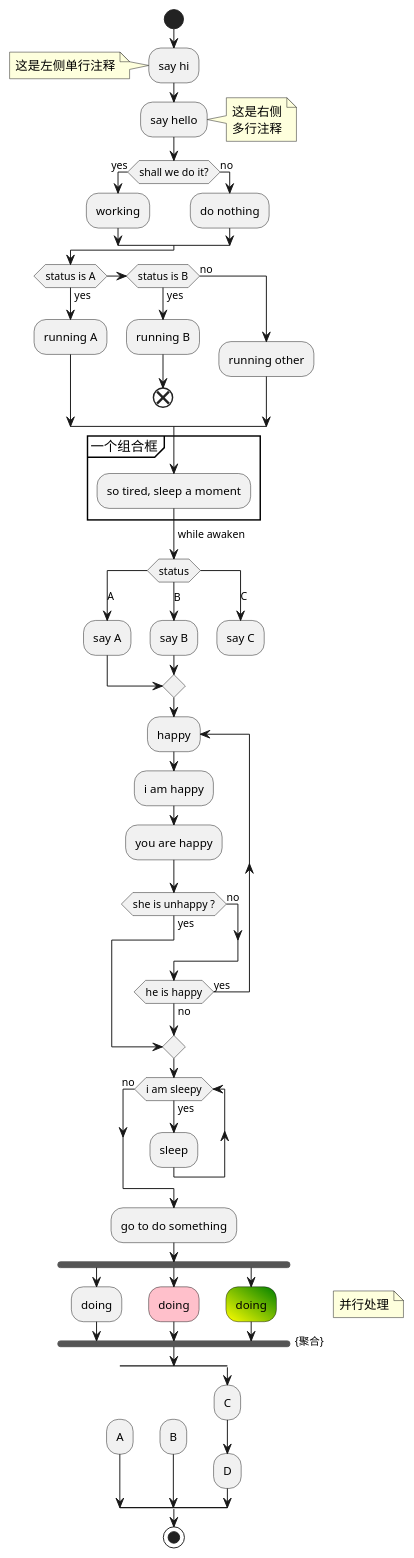
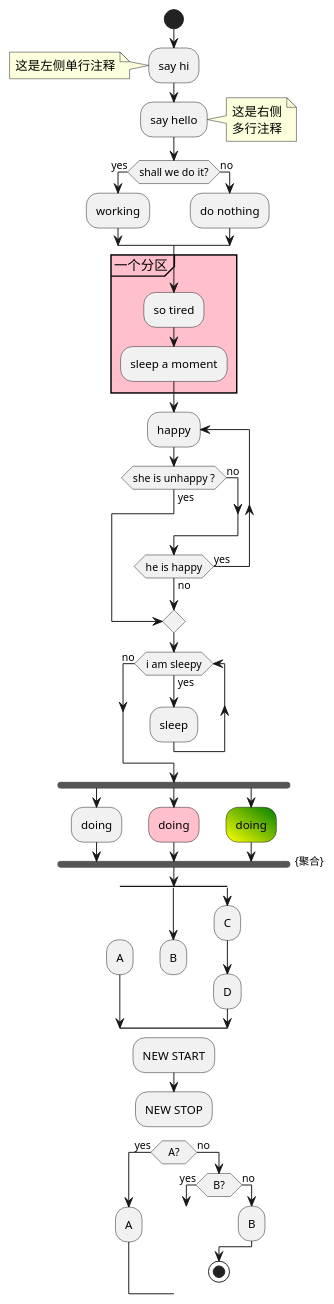
One commit to jinty95/DailyPractice changed the diagram in src/main/resources/puml/activity_diagram.puml. Above: the diagram before and after it, drawn with PlantUML. The commit also changed 1 other file, not shown here.

Commit message:
UML：活动图中绘制独立的活动块

```diff
--- a/src/main/resources/puml/activity_diagram.puml
+++ b/src/main/resources/puml/activity_diagram.puml
@@ -1,97 +1,102 @@
 @startuml
 
 '活动图：就是平常说的流程图，用于描述系统的活动
 
-'起点
-start
 '设置条件语句的结束样式
 skinparam ConditionEndStyle hline
 
-'活动标签(activity label)以冒号开始，以分号结束
-'默认按定义顺序自动连接
+'起点
+start
+
+'活动标签以冒号开始，以分号结束，默认按顺序自动连接
 :say hi;
 '给活动标签添加注释
 note left: 这是左侧单行注释
 :say hello;
 note right
     这是右侧
     多行注释
 end note
 
 '条件判断
 if (shall we do it?) then (yes)
     :working;
 else (no)
     :do nothing;
 endif
 
-'多条件判断(if-elseif)
-if (status is A) then (yes)
-    :running A;
-elseif (status is B) then (yes)
-    :running B;
-    end
-else (no)
-    :running other;
-endif
-
-'组合框
-group 一个组合框
-:so tired, sleep a moment;
-'给箭头加文字
--> while awaken;
-endgroup
-
-'多条件判断(switch)
-switch (status)
+'选择器
+/'switch (status)
 case (A)
     :say A;
 case (B)
     :say B;
 case (C)
     :say C;
-    kill
-endswitch
+endswitch'/
+
+'分区
+partition #pink 一个分区 {
+    :so tired;
+    :sleep a moment;
+}
 
 '循环
 repeat :happy;
-    :i am happy;
-    :you are happy;
     if (she is unhappy ?) then (yes)
+        '跳出循环
         break
     else (no)
     endif
 repeat while (he is happy) is (yes) not (no)
 
 while (i am sleepy) is (yes)
     :sleep;
 endwhile (no)
-    :go to do something;
 
-'并行处理
+'并行
 fork
     :doing;
 fork again
     #pink:doing;
 fork again
     #yellow\green:doing;
 end fork {聚合}
-note right: 并行处理
 
 '分割
 split
-    '隐藏输入连接线
+    '隐藏输入线(可用于制造多个入口)
     -[hidden]->
     :A;
 split again
-    -[hidden]->
     :B;
+    '隐藏输出线(可用于制造多个出口)
+    kill
 split again
     :C;
     :D;
 end split
 
+'独立活动块
+-[hidden]->
+:NEW START;
+:NEW STOP;
+kill
+
+'随机跳转
+if (A?) then (yes)
+    '标记一个位置
+    label a
+    :A;
+else (no)
+    if (B?) then (yes)
+        '跳到标记位置
+        goto a
+    else (no)
+        :B;
+endif
+
 '终点
 stop
 
 @enduml
```
